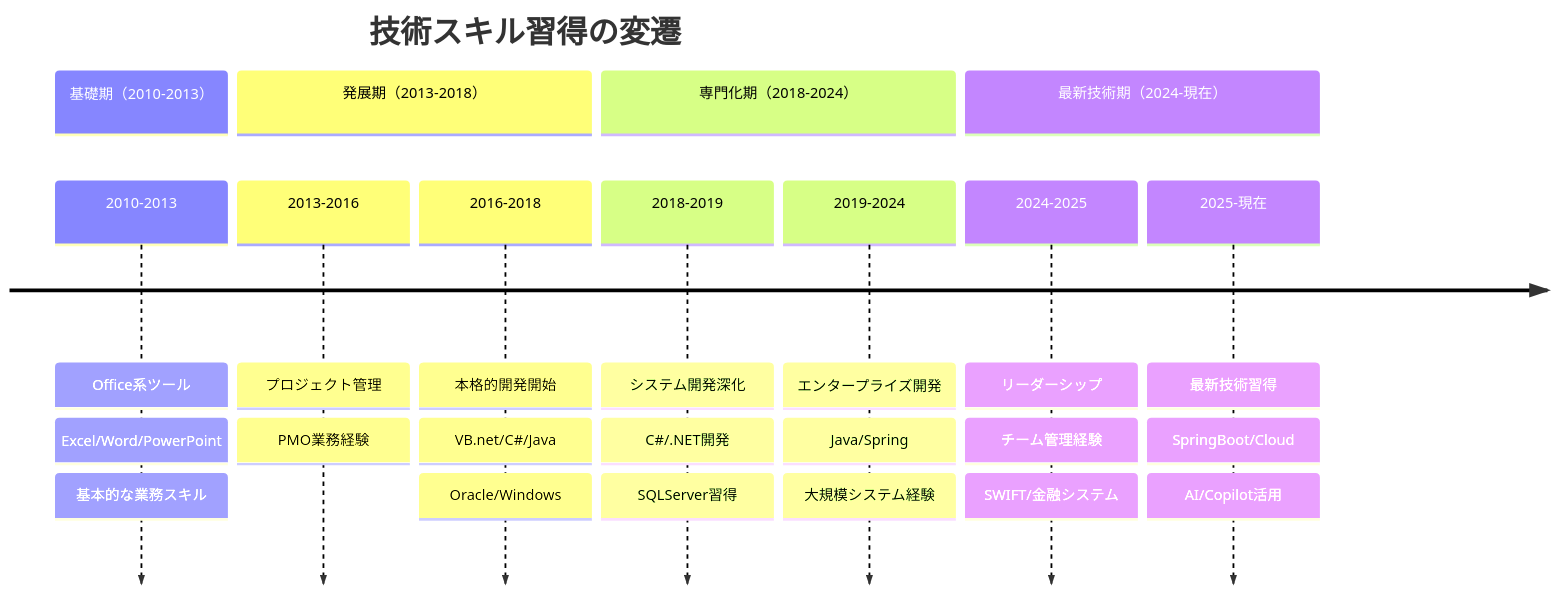
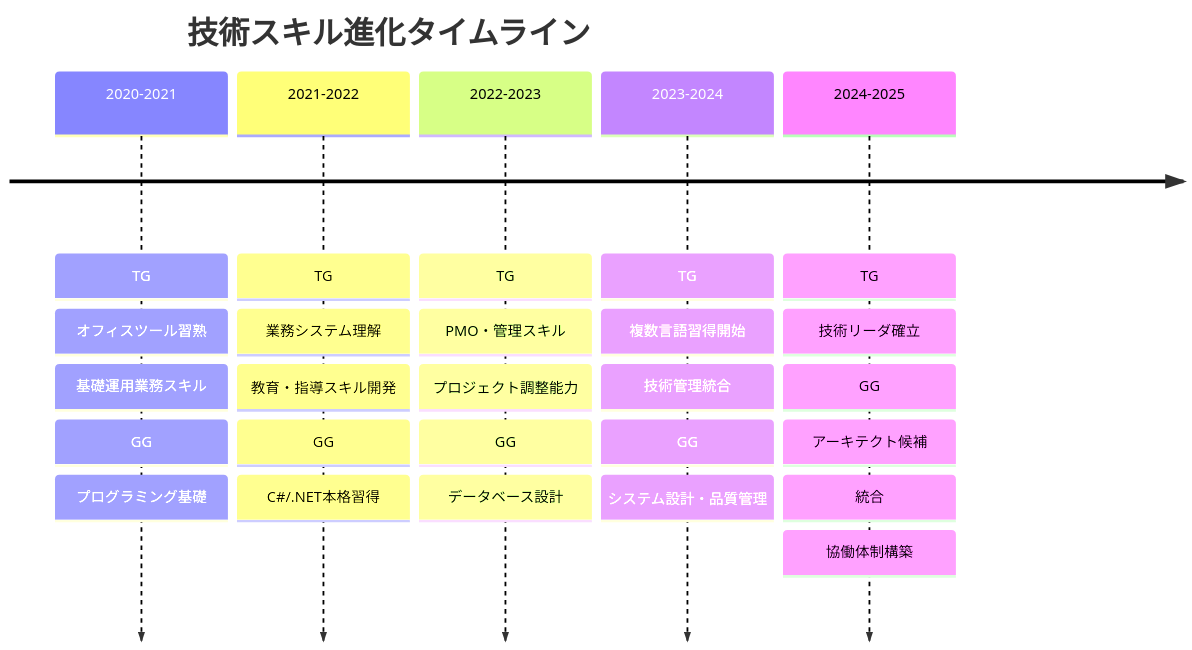
One commit to MasatakaNakamura/xlsx-data-analyzer changed the fifth of 13 diagrams in docs/経歴書サンプル_総合分析レポート.md. Above: the diagram before and after it, drawn with Mermaid. The commit also changed other lines of this file and 32 other files, not shown here.

````diff
--- a/docs/経歴書サンプル_総合分析レポート.md
+++ b/docs/経歴書サンプル_総合分析レポート.md
@@ -109,32 +122,24 @@
 ```mermaid
 timeline
-    title 技術スキル習得の変遷
+    title 技術スキル進化タイムライン
 
-    section 基礎期（2010-2013）
-        2010-2013 : Office系ツール
-                  : Excel/Word/PowerPoint
-                  : 基本的な業務スキル
+    2020-2021 : TG: オフィスツール習熟
+              : 基礎運用業務スキル
+              : GG: プログラミング基礎
 
-    section 発展期（2013-2018）
-        2013-2016 : プロジェクト管理
-                  : PMO業務経験
-        2016-2018 : 本格的開発開始
-                  : VB.net/C#/Java
-                  : Oracle/Windows
+    2021-2022 : TG: 業務システム理解
+              : 教育・指導スキル開発
+              : GG: C#/.NET本格習得
 
-    section 専門化期（2018-2024）
-        2018-2019 : システム開発深化
-                  : C#/.NET開発
-                  : SQLServer習得
-        2019-2024 : エンタープライズ開発
-                  : Java/Spring
-                  : 大規模システム経験
+    2022-2023 : TG: PMO・管理スキル
+              : プロジェクト調整能力
+              : GG: データベース設計
 
-    section 最新技術期（2024-現在）
-        2024-2025 : リーダーシップ
-                  : チーム管理経験
-                  : SWIFT/金融システム
-        2025-現在 : 最新技術習得
-                  : SpringBoot/Cloud
-                  : AI/Copilot活用
+    2023-2024 : TG: 複数言語習得開始
+              : 技術管理統合
+              : GG: システム設計・品質管理
+
+    2024-2025 : TG: 技術リーダ確立
+              : GG: アーキテクト候補
+              : 統合: 協働体制構築
 ```
````
